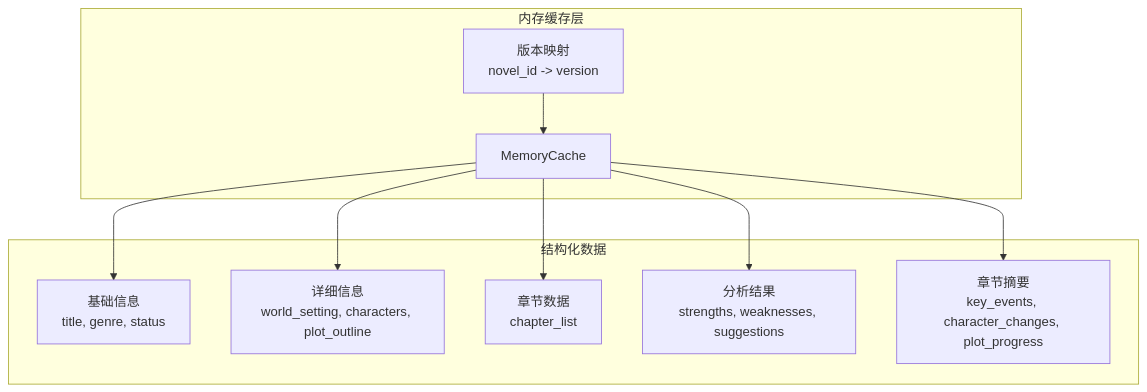
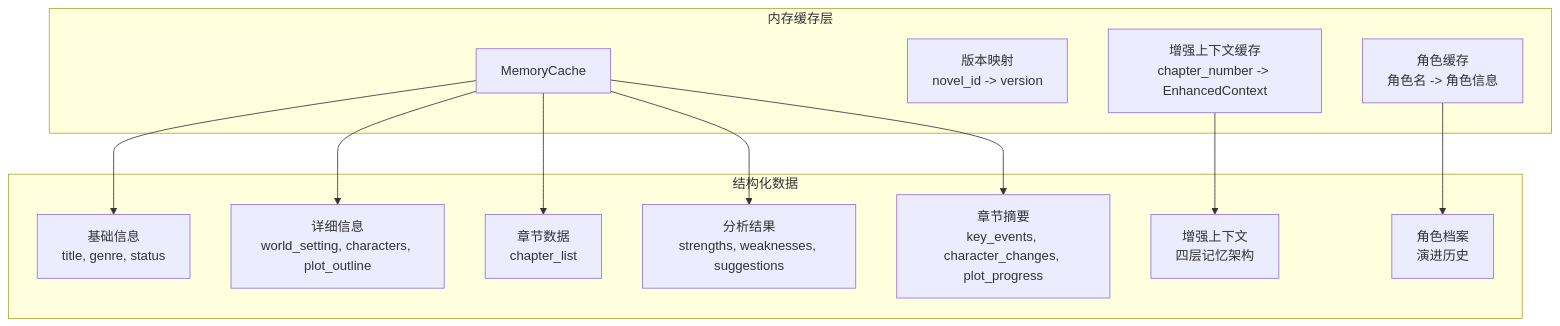
Before and after one commit to xfbyxq/ai-novel-system: the tenth of 49 diagrams in .qoder/repowiki/zh/content/Ai Chat Service.md, drawn with Mermaid. The commit also changed other lines of this file and 8 other files, not shown here.

````diff
--- a/.qoder/repowiki/zh/content/Ai Chat Service.md
+++ b/.qoder/repowiki/zh/content/Ai Chat Service.md
@@ -532,20 +593,25 @@
 ```mermaid
 graph TB
 subgraph "内存缓存层"
 Cache[MemoryCache]
 Version[版本映射<br/>novel_id -> version]
+EnhancedContextCache[增强上下文缓存<br/>chapter_number -> EnhancedContext]
+CharacterCache[角色缓存<br/>角色名 -> 角色信息]
 end
 subgraph "结构化数据"
 Base[基础信息<br/>title, genre, status]
 Details[详细信息<br/>world_setting, characters, plot_outline]
 Chapters[章节数据<br/>chapter_list]
 Analysis[分析结果<br/>strengths, weaknesses, suggestions]
 ChapterSummaries[章节摘要<br/>key_events, character_changes, plot_progress]
+EnhancedContext[增强上下文<br/>四层记忆架构]
+CharacterProfiles[角色档案<br/>演进历史]
 end
 Cache --> Base
 Cache --> Details
 Cache --> Chapters
 Cache --> Analysis
 Cache --> ChapterSummaries
-Version --> Cache
+EnhancedContextCache --> EnhancedContext
+CharacterCache --> CharacterProfiles
 ```
````
